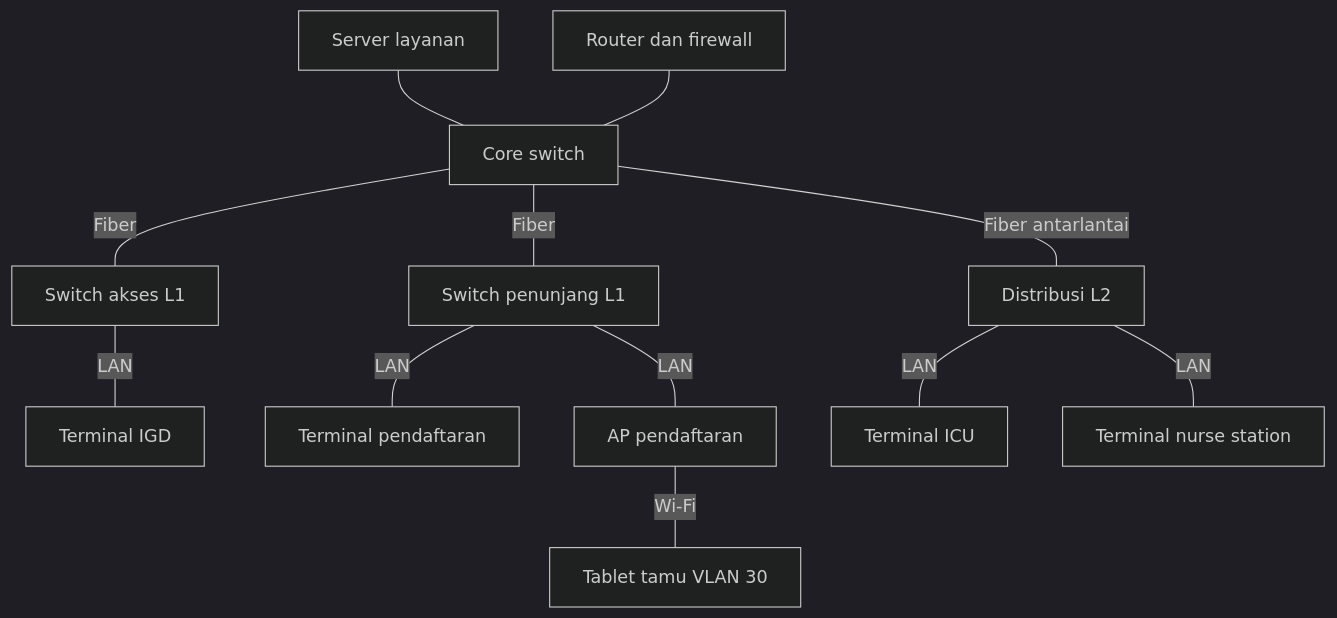
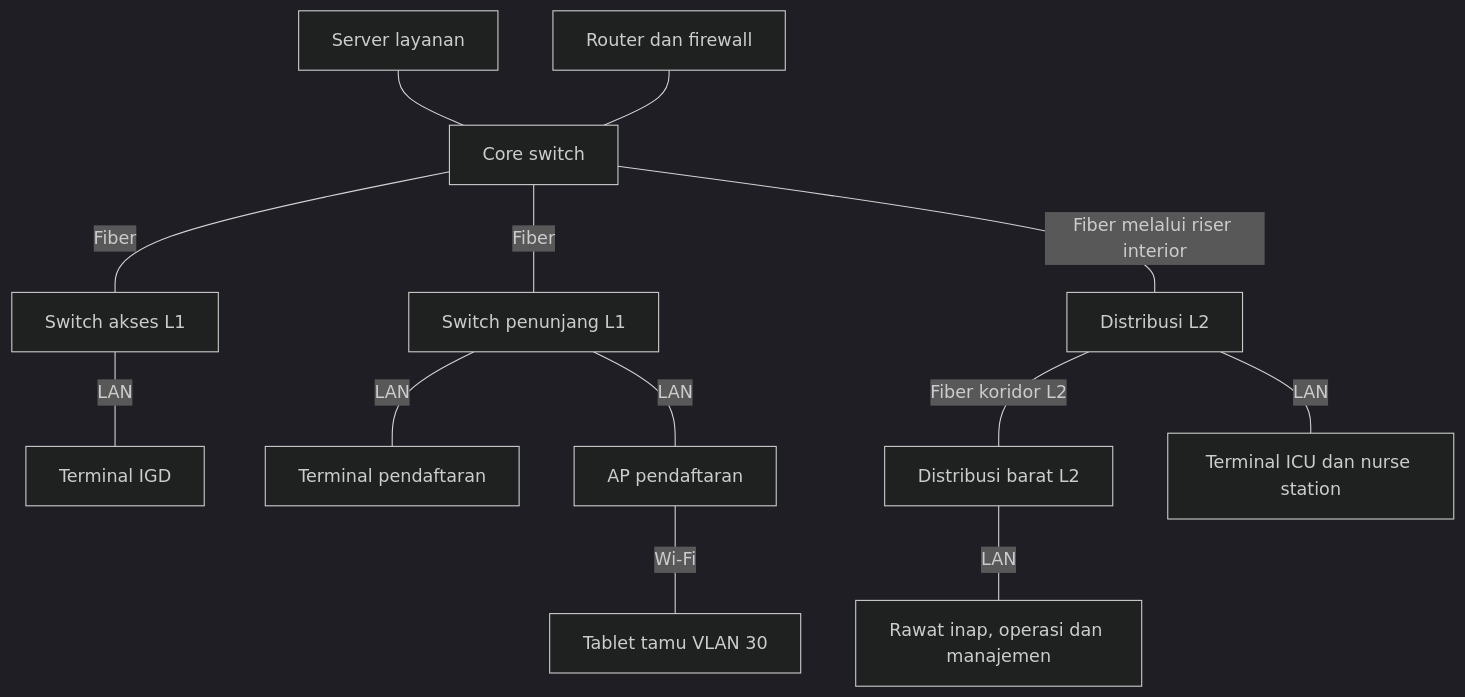
Before and after one commit to haysan10/hospital-network-explorer: the diagram in docs/TOPLOGI.mmd, drawn with Mermaid (dark theme). The commit also changed 145 other files, not shown here.

```diff
--- a/docs/TOPLOGI.mmd
+++ b/docs/TOPLOGI.mmd
@@ -1,12 +1,13 @@
 flowchart TD
   S["Server layanan"] --- C["Core switch"]
   F["Router dan firewall"] --- C
   C ---|"Fiber"| N["Switch akses L1"]
   C ---|"Fiber"| P["Switch penunjang L1"]
-  C ---|"Fiber antarlantai"| D["Distribusi L2"]
+  C ---|"Fiber melalui riser interior"| D["Distribusi L2"]
+  D ---|"Fiber koridor L2"| B["Distribusi barat L2"]
   N ---|"LAN"| I["Terminal IGD"]
   P ---|"LAN"| R["Terminal pendaftaran"]
   P ---|"LAN"| A["AP pendaftaran"]
   A ---|"Wi-Fi"| G["Tablet tamu VLAN 30"]
-  D ---|"LAN"| U["Terminal ICU"]
-  D ---|"LAN"| W["Terminal nurse station"]
+  D ---|"LAN"| U["Terminal ICU dan nurse station"]
+  B ---|"LAN"| W["Rawat inap, operasi dan manajemen"]
```
